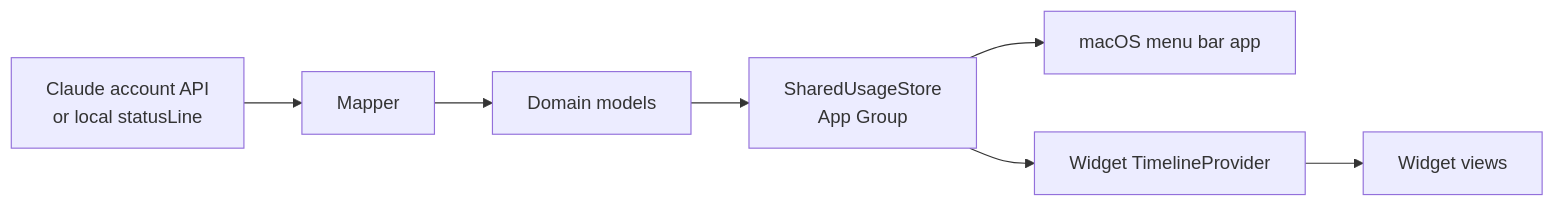
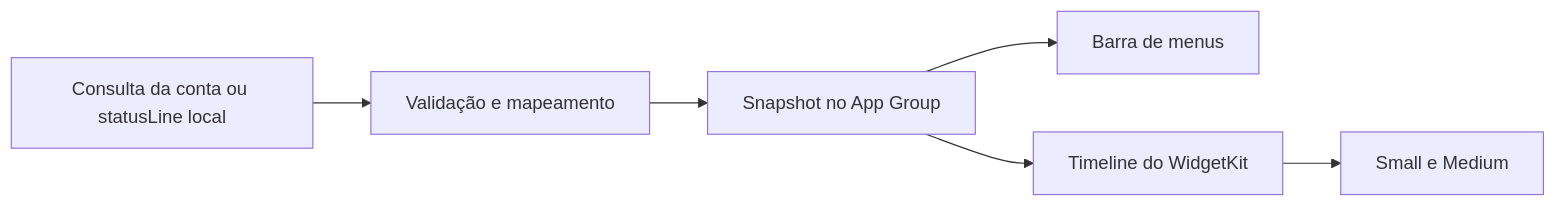
One commit to semellicodes/ClaudeUsage changed the diagram in README.md. Above: the diagram before and after it, drawn with Mermaid. The commit also changed other lines of this file and 6 other files, not shown here.

````diff
--- a/README.md
+++ b/README.md
@@ -128,9 +142,8 @@
 ```mermaid
 flowchart LR
-    A["Claude account API<br/>or local statusLine"] --> B["Mapper"]
-    B --> C["Domain models"]
-    C --> D["SharedUsageStore<br/>App Group"]
-    D --> E["macOS menu bar app"]
-    D --> F["Widget TimelineProvider"]
-    F --> G["Widget views"]
+    A[Consulta da conta ou statusLine local] --> B[Validação e mapeamento]
+    B --> C[Snapshot no App Group]
+    C --> D[Barra de menus]
+    C --> E[Timeline do WidgetKit]
+    E --> F[Small e Medium]
 ```
````
